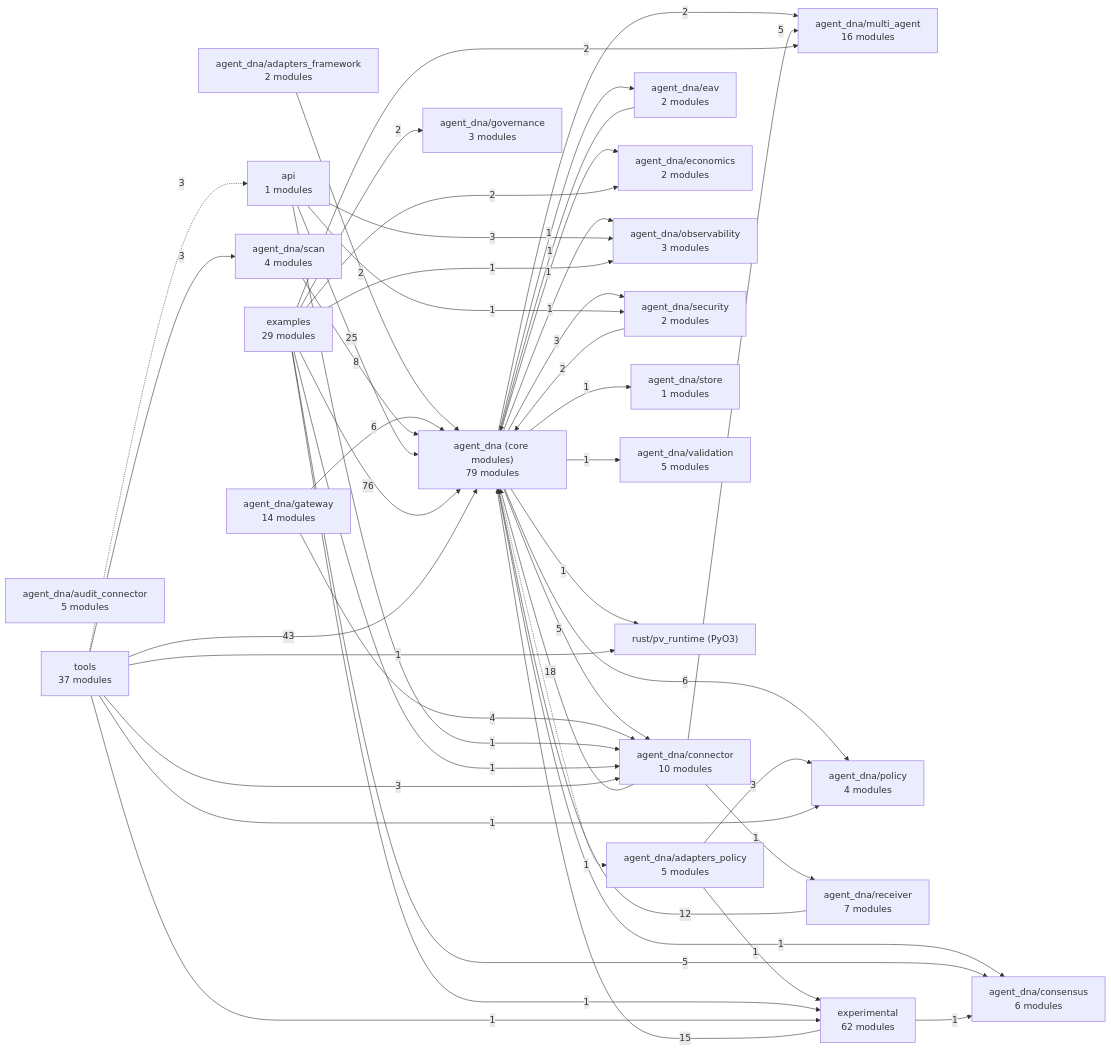
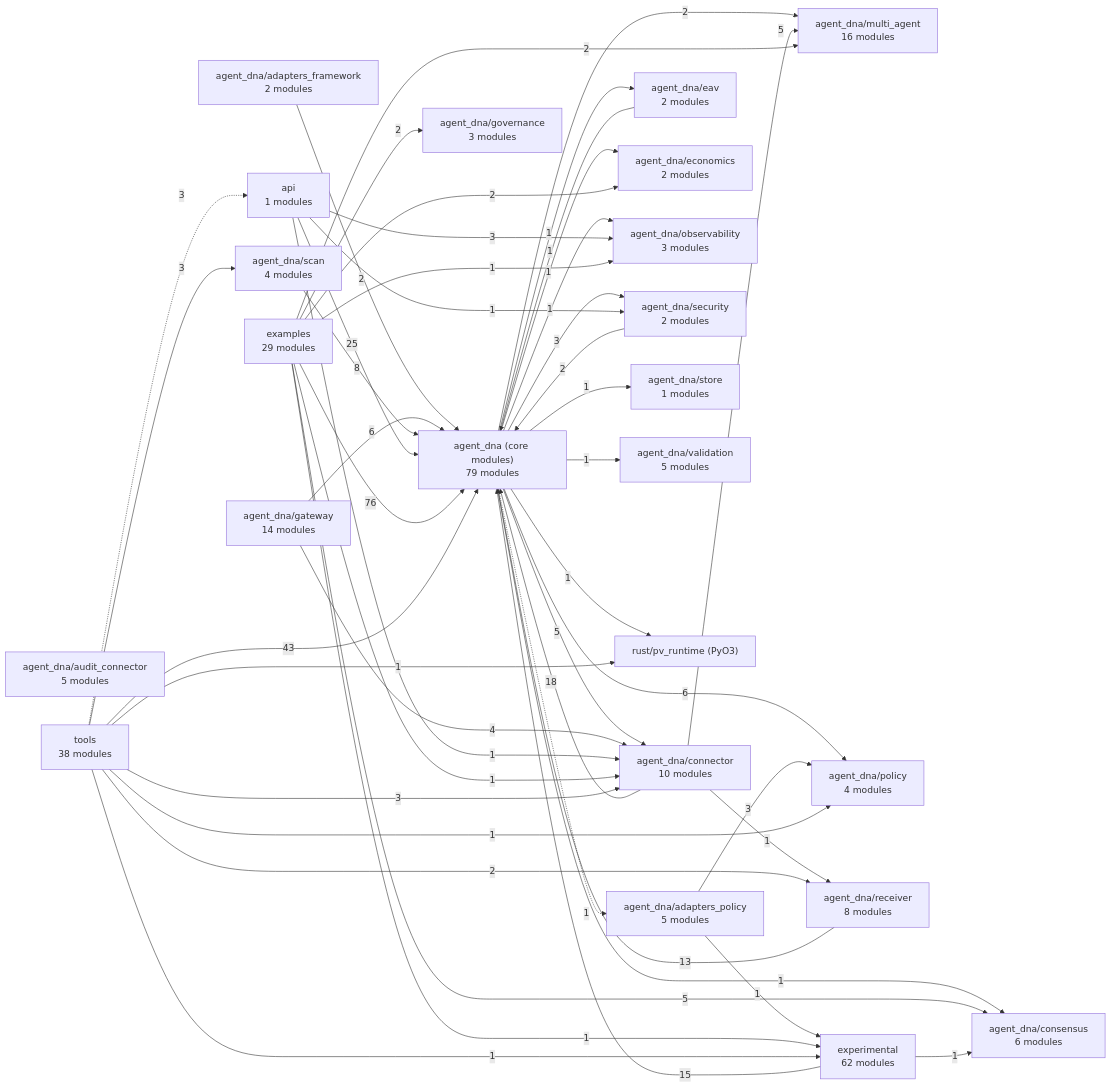
Before and after one commit to LOLA0786/privatevault-agent-dna: the diagram in docs/architecture/MAP.md, drawn with Mermaid. The commit also changed other lines of this file and 17 other files, not shown here.

````diff
--- a/docs/architecture/MAP.md
+++ b/docs/architecture/MAP.md
@@ -7,71 +7,72 @@
 ```mermaid
 flowchart LR
   n0["agent_dna (core modules)<br/>79 modules"]
   n1["agent_dna/adapters_framework<br/>2 modules"]
   n2["agent_dna/adapters_policy<br/>5 modules"]
   n3["agent_dna/audit_connector<br/>5 modules"]
   n4["agent_dna/connector<br/>10 modules"]
   n5["agent_dna/consensus<br/>6 modules"]
   n6["agent_dna/eav<br/>2 modules"]
   n7["agent_dna/economics<br/>2 modules"]
   n8["agent_dna/gateway<br/>14 modules"]
   n9["agent_dna/governance<br/>3 modules"]
   n10["agent_dna/multi_agent<br/>16 modules"]
   n11["agent_dna/observability<br/>3 modules"]
   n12["agent_dna/policy<br/>4 modules"]
-  n13["agent_dna/receiver<br/>7 modules"]
+  n13["agent_dna/receiver<br/>8 modules"]
   n14["agent_dna/scan<br/>4 modules"]
   n15["agent_dna/security<br/>2 modules"]
   n16["agent_dna/store<br/>1 modules"]
   n17["agent_dna/validation<br/>5 modules"]
   n18["api<br/>1 modules"]
   n19["examples<br/>29 modules"]
   n20["experimental<br/>62 modules"]
   n21["rust/pv_runtime (PyO3)"]
-  n22["tools<br/>37 modules"]
+  n22["tools<br/>38 modules"]
   n0 -.->|1| n2
   n0 -->|5| n4
   n0 -->|1| n5
   n0 -->|1| n6
   n0 -->|1| n7
   n0 -->|2| n10
   n0 -->|1| n11
   n0 -->|6| n12
   n0 -->|3| n15
   n0 -->|1| n16
   n0 -->|1| n17
   n0 -->|1| n21
   n1 -->|2| n0
   n2 -->|3| n12
   n2 -->|1| n20
   n4 -->|18| n0
   n4 -->|5| n10
   n4 -->|1| n13
   n6 -->|1| n0
   n8 -->|6| n0
   n8 -->|4| n4
-  n13 -->|12| n0
+  n13 -->|13| n0
   n14 -->|8| n0
   n15 -->|2| n0
   n18 -->|25| n0
   n18 -->|1| n4
   n18 -->|3| n11
   n18 -->|1| n15
   n19 -->|76| n0
   n19 -->|1| n4
   n19 -->|5| n5
   n19 -->|2| n7
   n19 -->|2| n9
   n19 -->|2| n10
   n19 -->|1| n11
   n19 -->|1| n20
   n20 -->|15| n0
   n20 -->|1| n5
   n22 -->|43| n0
   n22 -->|3| n4
   n22 -->|1| n12
+  n22 -->|2| n13
   n22 -->|3| n14
   n22 -.->|3| n18
   n22 -->|1| n20
   n22 -->|1| n21
 ```
````
